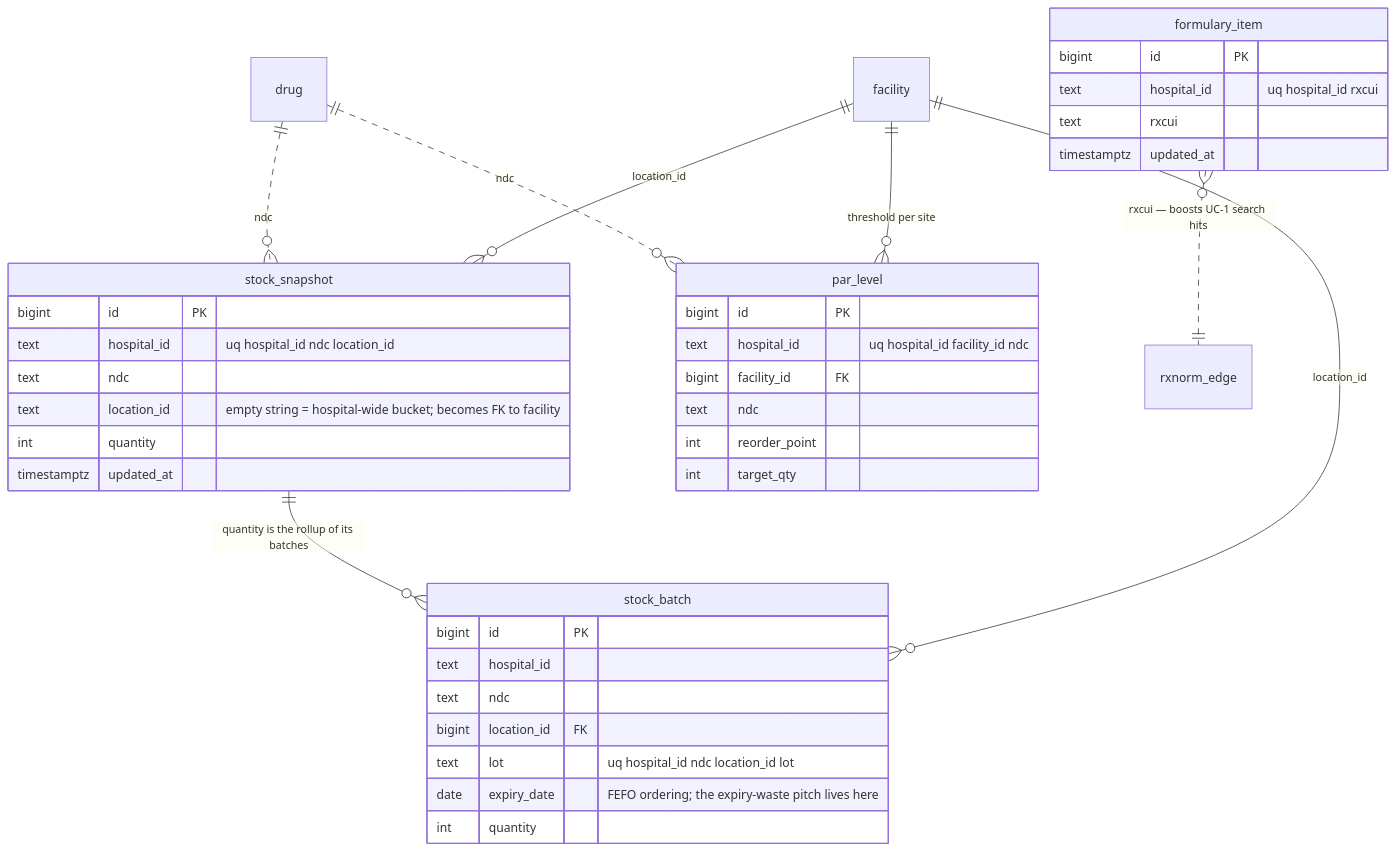
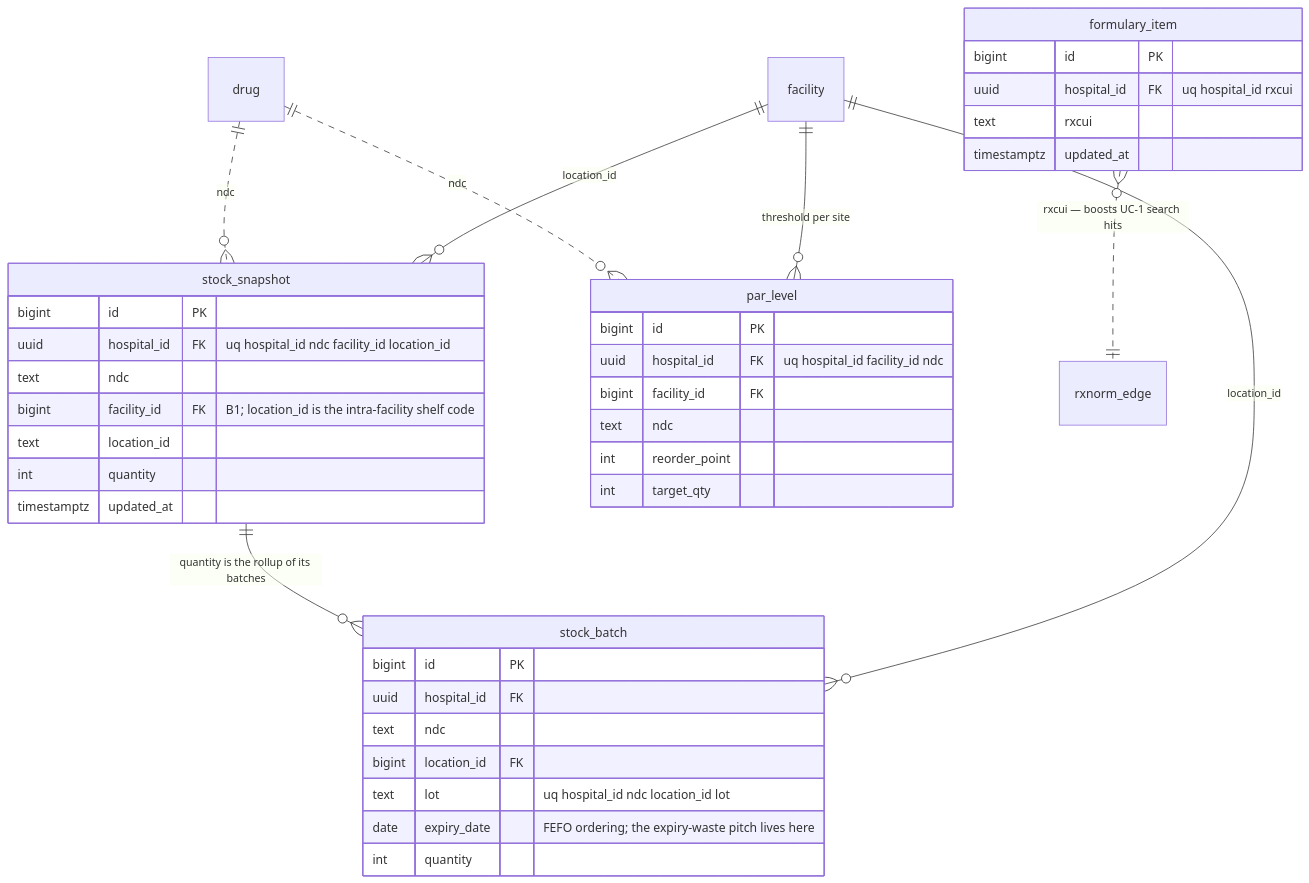
One commit to lohvinovpavel/MedStockAI changed the third of 5 diagrams in docs/backend/db-schema.md. Above: the diagram before and after it, drawn with Mermaid. The commit also changed other lines of this file and 16 other files, not shown here.

First line of the commit message:
fix(db): store hospital_id as uuid and keep a single demo tenant

````diff
--- a/docs/backend/db-schema.md
+++ b/docs/backend/db-schema.md
@@ -180,42 +180,43 @@
 ```mermaid
 erDiagram
     facility ||--o{ stock_snapshot : "location_id"
     facility ||--o{ stock_batch : "location_id"
     facility ||--o{ par_level : "threshold per site"
     stock_snapshot ||--o{ stock_batch : "quantity is the rollup of its batches"
     drug ||..o{ stock_snapshot : "ndc"
     drug ||..o{ par_level : "ndc"
     formulary_item }o..|| rxnorm_edge : "rxcui — boosts UC-1 search hits"
 
     formulary_item {
         bigint id PK
-        text hospital_id "uq hospital_id rxcui"
+        uuid hospital_id FK "uq hospital_id rxcui"
         text rxcui
         timestamptz updated_at
     }
     stock_snapshot {
         bigint id PK
-        text hospital_id "uq hospital_id ndc location_id"
+        uuid hospital_id FK "uq hospital_id ndc facility_id location_id"
         text ndc
-        text location_id "empty string = hospital-wide bucket; becomes FK to facility"
+        bigint facility_id FK "B1; location_id is the intra-facility shelf code"
+        text location_id
         int quantity
         timestamptz updated_at
     }
     stock_batch {
         bigint id PK
-        text hospital_id
+        uuid hospital_id FK
         text ndc
         bigint location_id FK
         text lot "uq hospital_id ndc location_id lot"
         date expiry_date "FEFO ordering; the expiry-waste pitch lives here"
         int quantity
     }
     par_level {
         bigint id PK
-        text hospital_id "uq hospital_id facility_id ndc"
+        uuid hospital_id FK "uq hospital_id facility_id ndc"
         bigint facility_id FK
         text ndc
         int reorder_point
         int target_qty
     }
 ```
````
